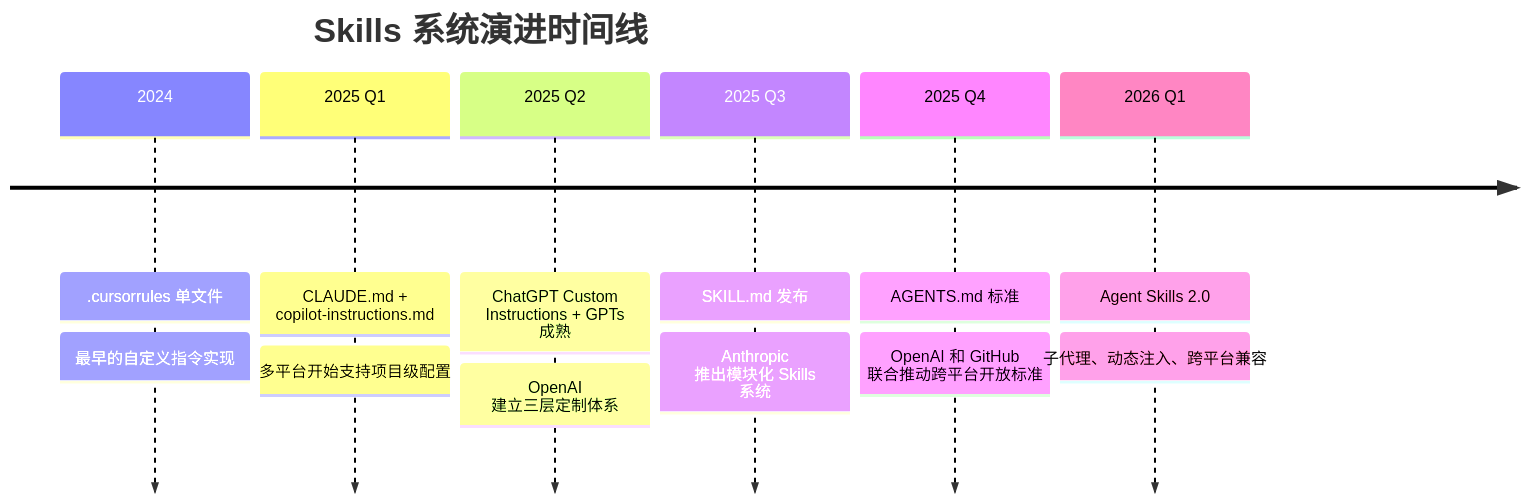
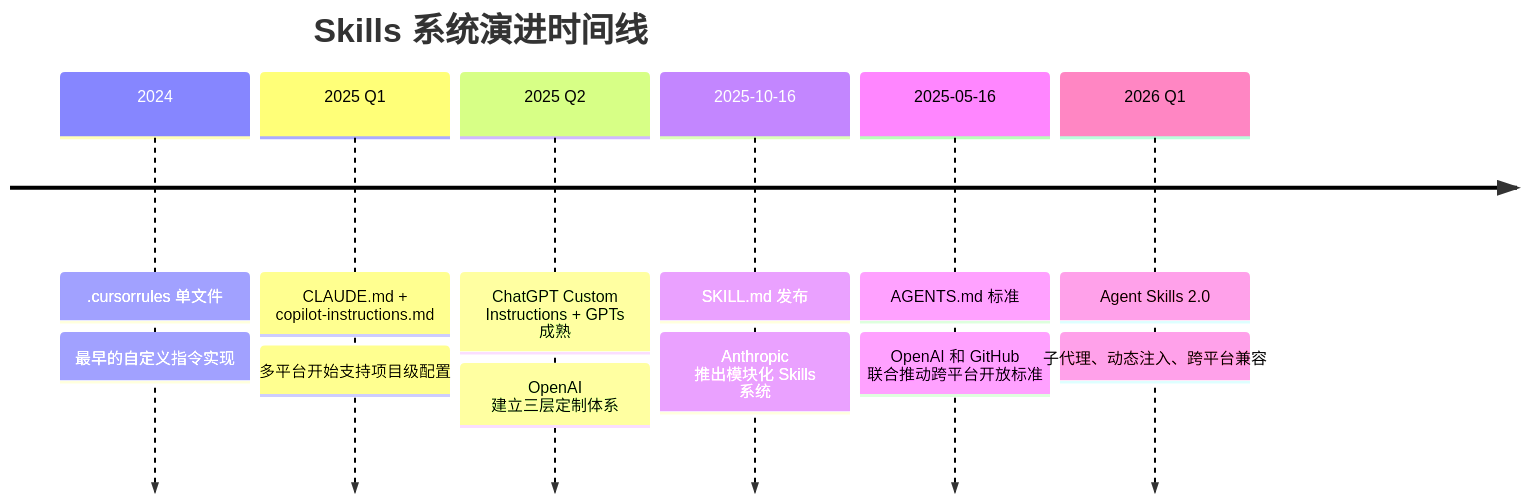
Before and after one commit to ifnodoraemon/ifnodoraemon.github.io: the seventh of 8 diagrams in content/zh/articles/skills-guide.md, drawn with Mermaid. The commit also changed 16 other files, not shown here.

````diff
--- a/content/zh/articles/skills-guide.md
+++ b/content/zh/articles/skills-guide.md
@@ -551,10 +551,10 @@
 ```mermaid
 timeline
     title Skills 系统演进时间线
     2024 : .cursorrules 单文件 : 最早的自定义指令实现
     2025 Q1 : CLAUDE.md + copilot-instructions.md : 多平台开始支持项目级配置
     2025 Q2 : ChatGPT Custom Instructions + GPTs 成熟 : OpenAI 建立三层定制体系
-    2025 Q3 : SKILL.md 发布 : Anthropic 推出模块化 Skills 系统
-    2025 Q4 : AGENTS.md 标准 : OpenAI 和 GitHub 联合推动跨平台开放标准
+    2025-10-16 : SKILL.md 发布 : Anthropic 推出模块化 Skills 系统
+    2025-05-16 : AGENTS.md 标准 : OpenAI 和 GitHub 联合推动跨平台开放标准
     2026 Q1 : Agent Skills 2.0 : 子代理、动态注入、跨平台兼容
 ```
````
